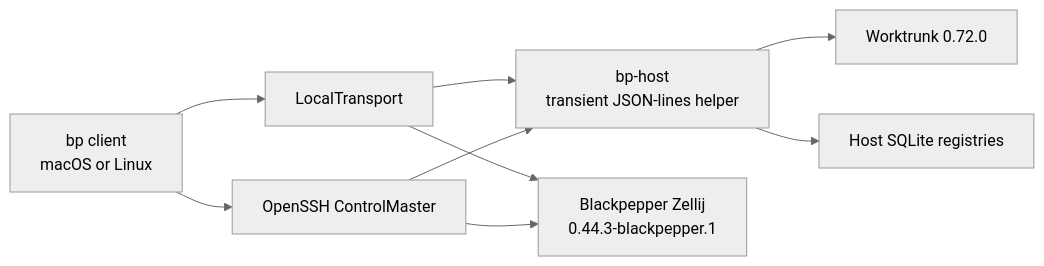
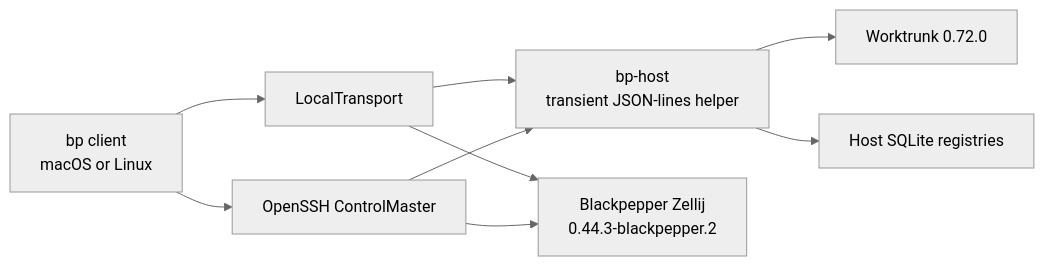
The diagram in ARCHITECTURE.md (sudhanshug16/blackpepper), drawn with Mermaid (neutral theme) before and after one commit. The commit also changed other lines of this file and 13 other files, not shown here.

````diff
--- a/ARCHITECTURE.md
+++ b/ARCHITECTURE.md
@@ -13,19 +13,19 @@
 ```mermaid
 flowchart LR
     C["bp client\nmacOS or Linux"]
     LT["LocalTransport"]
     SSH["OpenSSH ControlMaster"]
     H["bp-host\ntransient JSON-lines helper"]
-    Z["Blackpepper Zellij\n0.44.3-blackpepper.1"]
+    Z["Blackpepper Zellij\n0.44.3-blackpepper.2"]
     WT["Worktrunk 0.72.0"]
     DB["Host SQLite registries"]
 
     C --> LT
     C --> SSH
     LT --> H
     SSH --> H
     LT --> Z
     SSH --> Z
     H --> WT
     H --> DB
 ```
````
